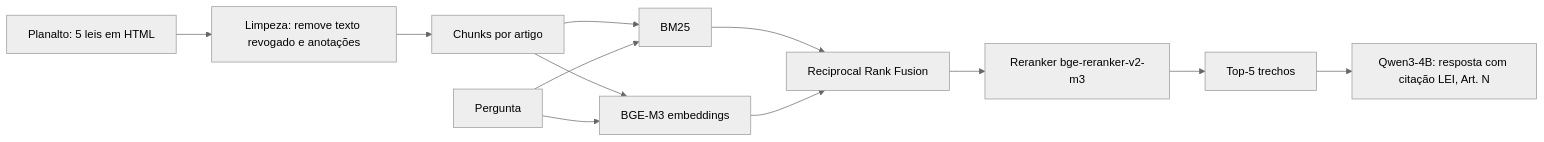
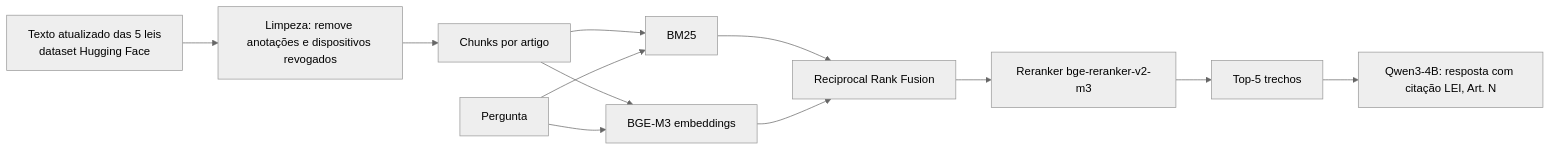
One commit to FabioAGC/Treino-IA changed the diagram in README.md. Above: the diagram before and after it, drawn with Mermaid (neutral theme). The commit also changed other lines of this file and 1 other file, not shown here.

First line of the commit message:
Notebook 01: usa dataset do Hugging Face em vez de raspar o Planalto

````diff
--- a/README.md
+++ b/README.md
@@ -40,12 +40,12 @@
 ```mermaid
 flowchart LR
-    A[Planalto: 5 leis em HTML] --> B[Limpeza: remove texto revogado e anotações]
+    A[Texto atualizado das 5 leis<br/>dataset Hugging Face] --> B[Limpeza: remove anotações e dispositivos revogados]
     B --> C[Chunks por artigo]
     C --> D[BM25]
     C --> E[BGE-M3 embeddings]
     Q[Pergunta] --> D & E
     D & E --> F[Reciprocal Rank Fusion]
     F --> G[Reranker bge-reranker-v2-m3]
     G --> H[Top-5 trechos]
     H --> I[Qwen3-4B: resposta com citação LEI, Art. N]
 ```
````
